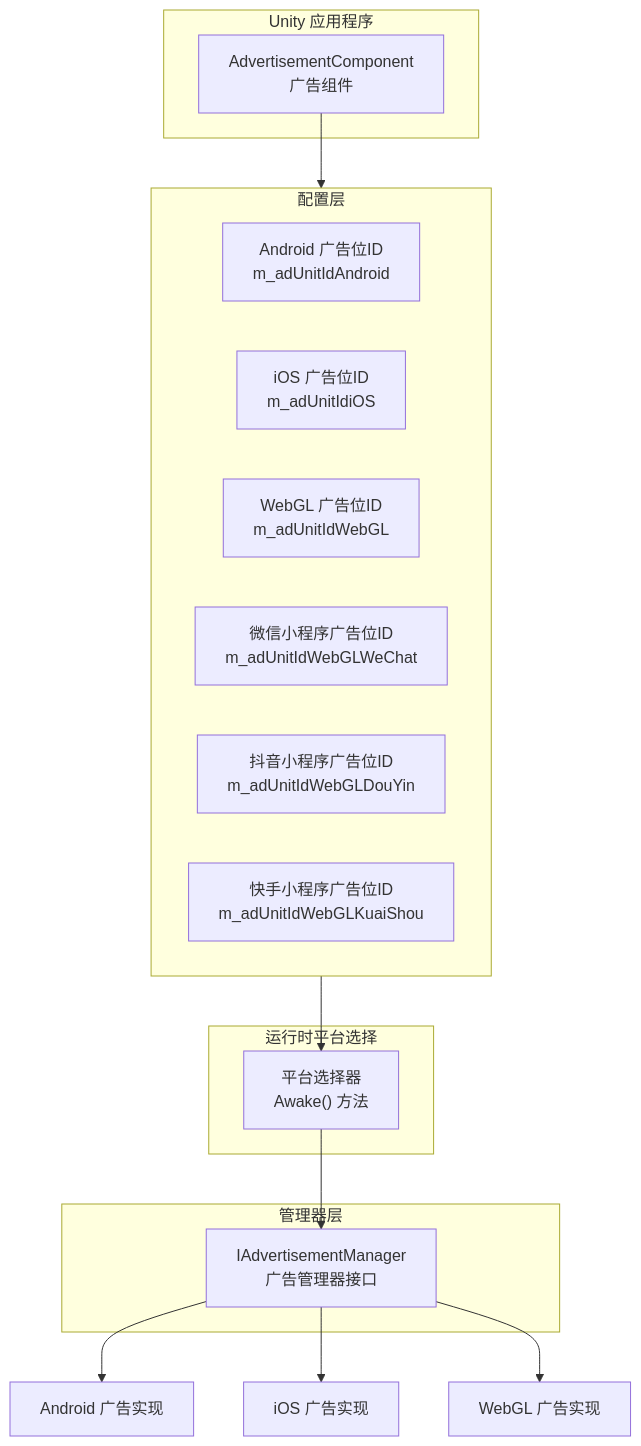
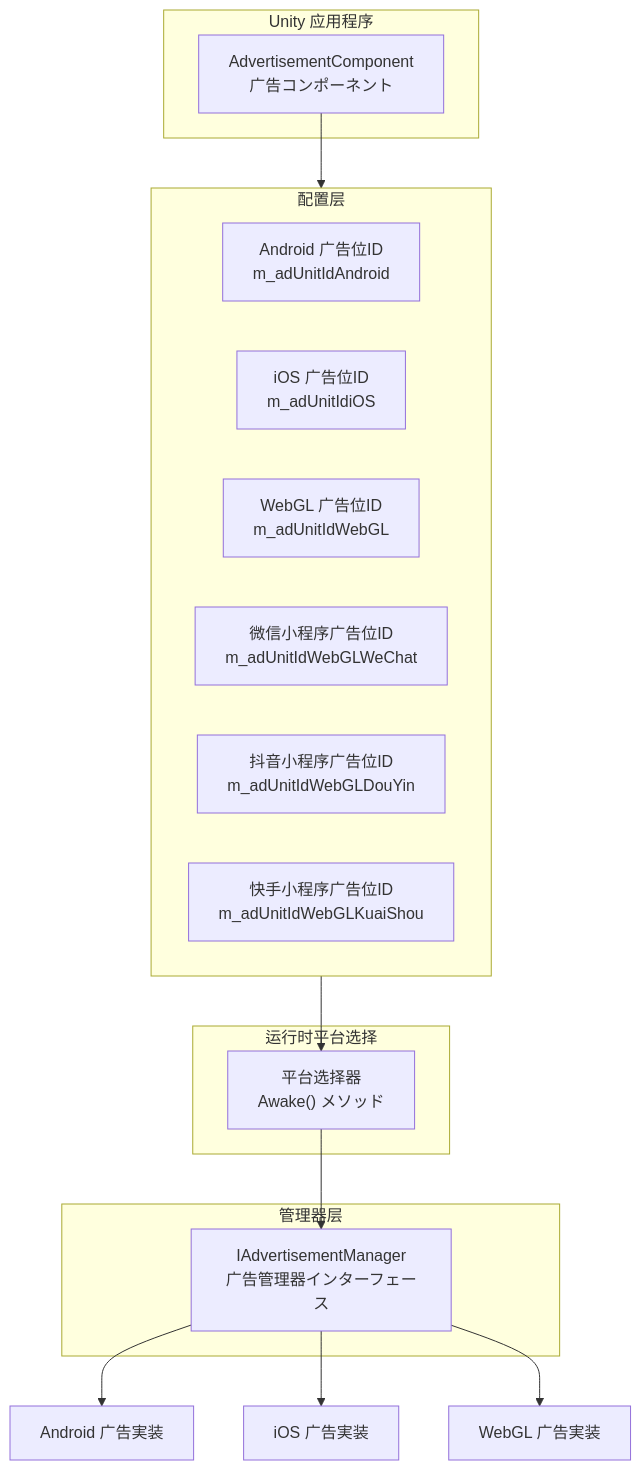
One commit to AlianBlank/GameFrameX.Docs changed the diagram in docs/ja/client/unity/component/advertisement/05.platforms.md. Above: the diagram before and after it, drawn with Mermaid. The commit also changed other lines of this file and 603 other files, not shown here.

````diff
--- a/docs/ja/client/unity/component/advertisement/05.platforms.md
+++ b/docs/ja/client/unity/component/advertisement/05.platforms.md
@@ -26,30 +26,30 @@
 ```mermaid
 flowchart TD
     subgraph UnityApp["Unity 应用程序"]
-        AdvertisementComponent["AdvertisementComponent<br/>广告组件"]
+        AdvertisementComponent["AdvertisementComponent<br/>广告コンポーネント"]
     end
 
     subgraph ConfigLayer["配置层"]
         AndroidConfig["Android 广告位ID<br/>m_adUnitIdAndroid"]
         IOSConfig["iOS 广告位ID<br/>m_adUnitIdiOS"]
         WebGLConfig["WebGL 广告位ID<br/>m_adUnitIdWebGL"]
         WeChatConfig["微信小程序广告位ID<br/>m_adUnitIdWebGLWeChat"]
         DouYinConfig["抖音小程序广告位ID<br/>m_adUnitIdWebGLDouYin"]
         KuaiShouConfig["快手小程序广告位ID<br/>m_adUnitIdWebGLKuaiShou"]
     end
 
     subgraph Runtime["运行时平台选择"]
-        PlatformSelector["平台选择器<br/>Awake() 方法"]
+        PlatformSelector["平台选择器<br/>Awake() メソッド"]
     end
 
     subgraph ManagerLayer["管理器层"]
-        IAdvertisementManager["IAdvertisementManager<br/>广告管理器接口"]
+        IAdvertisementManager["IAdvertisementManager<br/>广告管理器インターフェース"]
     end
 
     AdvertisementComponent --> ConfigLayer
     ConfigLayer --> PlatformSelector
     PlatformSelector --> IAdvertisementManager
-    IAdvertisementManager --> AndroidImpl["Android 广告实现"]
-    IAdvertisementManager --> IOSImpl["iOS 广告实现"]
-    IAdvertisementManager --> WebGLImpl["WebGL 广告实现"]
+    IAdvertisementManager --> AndroidImpl["Android 广告実装"]
+    IAdvertisementManager --> IOSImpl["iOS 广告実装"]
+    IAdvertisementManager --> WebGLImpl["WebGL 广告実装"]
 ```
````
